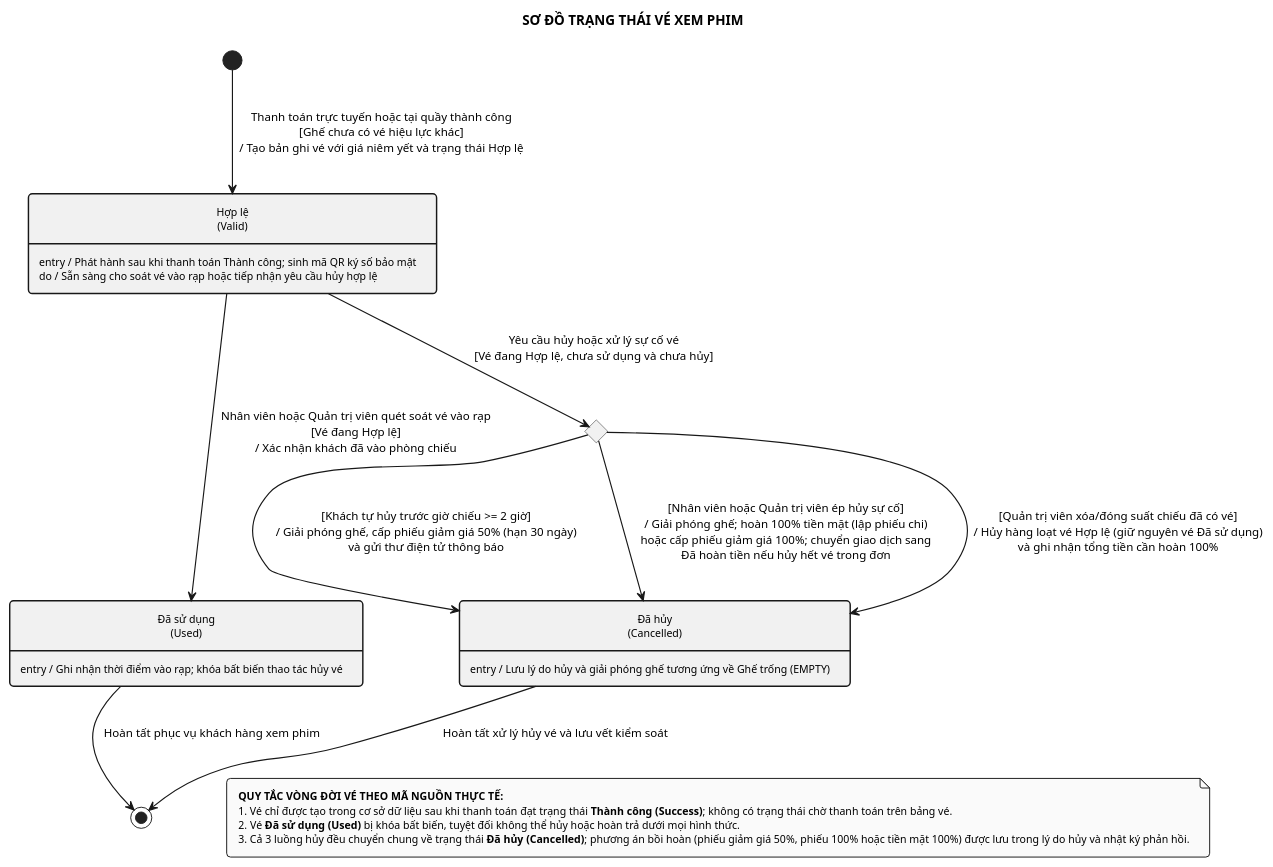
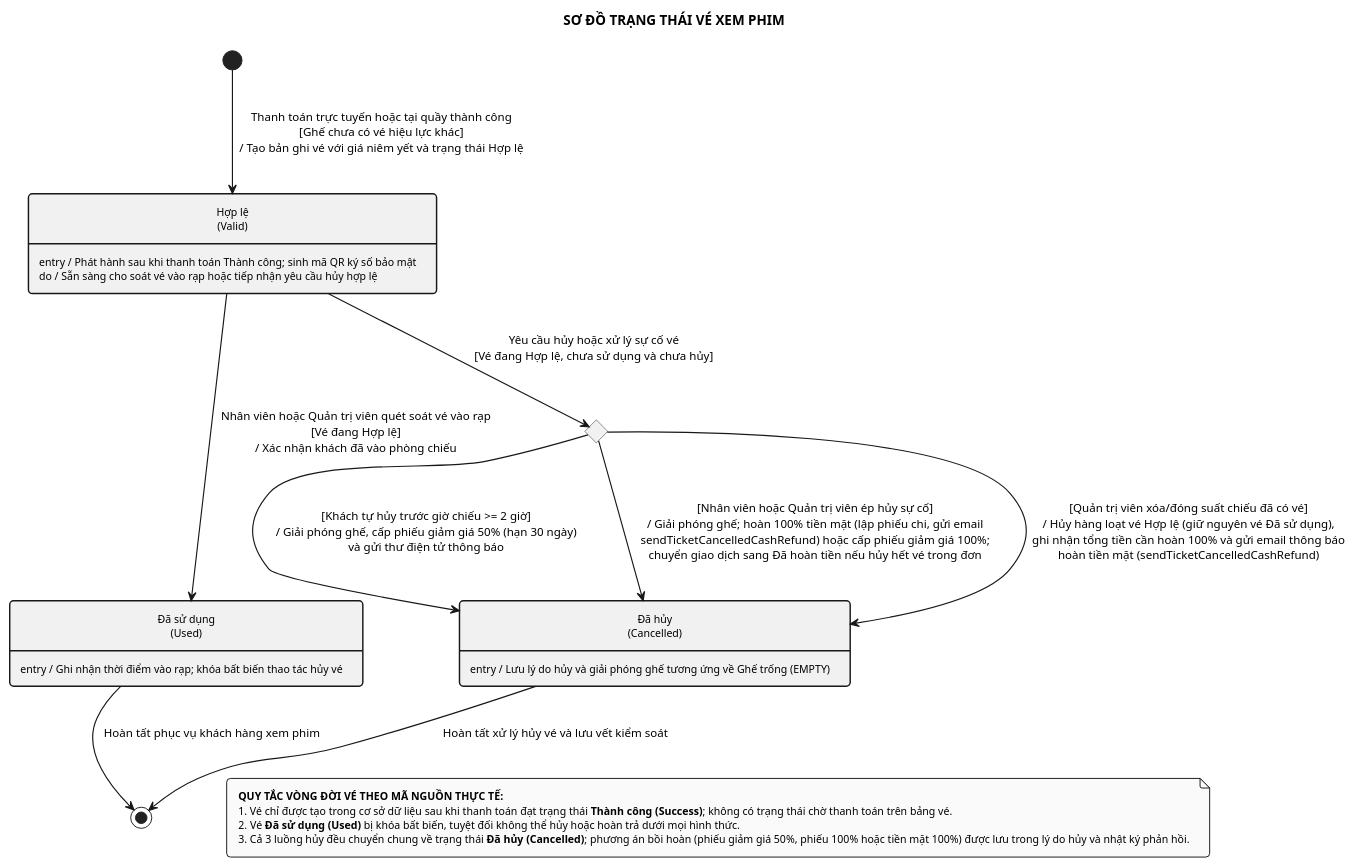
One commit to MaGiaVy/CinemaLUMI changed the diagram in cinema-app/PlantUML_State_Diagrams/state_ticket.puml. Above: the diagram before and after it, drawn with PlantUML. The commit also changed 519 other files, not shown here.

First line of the commit message:
feat: hoan thien bao cao phan tich thiet ke, chuan hoa so do UML va cap nhat UI/DB

```diff
--- a/cinema-app/PlantUML_State_Diagrams/state_ticket.puml
+++ b/cinema-app/PlantUML_State_Diagrams/state_ticket.puml
@@ -1,64 +1,64 @@
 @startuml state_ticket
 skinparam monochrome true
 skinparam style strictuml
 skinparam shadowing false
 skinparam defaultFontName Arial
 skinparam defaultFontSize 12
 skinparam roundCorner 8
 skinparam padding 6
 skinparam nodesep 60
 skinparam ranksep 65
 skinparam ArrowThickness 1.2
 skinparam state {
     BorderThickness 1.5
     AttributeFontSize 11
 }
 skinparam note {
     BorderThickness 1
     FontSize 11
 }
 hide empty description
 
 title SƠ ĐỒ TRẠNG THÁI VÉ XEM PHIM
 
 state "Hợp lệ\n(Valid)" as HOP_LE {
 }
 HOP_LE : entry / Phát hành sau khi thanh toán Thành công; sinh mã QR ký số bảo mật
 HOP_LE : do / Sẵn sàng cho soát vé vào rạp hoặc tiếp nhận yêu cầu hủy hợp lệ
 
 state "Đã sử dụng\n(Used)" as DA_SU_DUNG {
 }
 DA_SU_DUNG : entry / Ghi nhận thời điểm vào rạp; khóa bất biến thao tác hủy vé
 
 state "Đã hủy\n(Cancelled)" as DA_HUY {
 }
 DA_HUY : entry / Lưu lý do hủy và giải phóng ghế tương ứng về Ghế trống (EMPTY)
 
 state KiemTraHuy <<choice>>
 
 [*] --> HOP_LE : Thanh toán trực tuyến hoặc tại quầy thành công\n[Ghế chưa có vé hiệu lực khác]\n/ Tạo bản ghi vé với giá niêm yết và trạng thái Hợp lệ
 
 HOP_LE --> DA_SU_DUNG : Nhân viên hoặc Quản trị viên quét soát vé vào rạp\n[Vé đang Hợp lệ]\n/ Xác nhận khách đã vào phòng chiếu
 
 HOP_LE --> KiemTraHuy : Yêu cầu hủy hoặc xử lý sự cố vé\n[Vé đang Hợp lệ, chưa sử dụng và chưa hủy]
 
 KiemTraHuy --> DA_HUY : [Khách tự hủy trước giờ chiếu >= 2 giờ]\n/ Giải phóng ghế, cấp phiếu giảm giá 50% (hạn 30 ngày)\nvà gửi thư điện tử thông báo
 
-KiemTraHuy --> DA_HUY : [Nhân viên hoặc Quản trị viên ép hủy sự cố]\n/ Giải phóng ghế; hoàn 100% tiền mặt (lập phiếu chi)\nhoặc cấp phiếu giảm giá 100%; chuyển giao dịch sang\nĐã hoàn tiền nếu hủy hết vé trong đơn
+KiemTraHuy --> DA_HUY : [Nhân viên hoặc Quản trị viên ép hủy sự cố]\n/ Giải phóng ghế; hoàn 100% tiền mặt (lập phiếu chi, gửi email\nsendTicketCancelledCashRefund) hoặc cấp phiếu giảm giá 100%;\nchuyển giao dịch sang Đã hoàn tiền nếu hủy hết vé trong đơn
 
-KiemTraHuy --> DA_HUY : [Quản trị viên xóa/đóng suất chiếu đã có vé]\n/ Hủy hàng loạt vé Hợp lệ (giữ nguyên vé Đã sử dụng)\nvà ghi nhận tổng tiền cần hoàn 100%
+KiemTraHuy --> DA_HUY : [Quản trị viên xóa/đóng suất chiếu đã có vé]\n/ Hủy hàng loạt vé Hợp lệ (giữ nguyên vé Đã sử dụng),\nghi nhận tổng tiền cần hoàn 100% và gửi email thông báo\nhoàn tiền mặt (sendTicketCancelledCashRefund)
 
 DA_SU_DUNG --> [*] : Hoàn tất phục vụ khách hàng xem phim
 DA_HUY --> [*] : Hoàn tất xử lý hủy vé và lưu vết kiểm soát
 
 note as GhiChu
   <b>QUY TẮC VÒNG ĐỜI VÉ THEO MÃ NGUỒN THỰC TẾ:</b>
   1. Vé chỉ được tạo trong cơ sở dữ liệu sau khi thanh toán đạt trạng thái <b>Thành công (Success)</b>; không có trạng thái chờ thanh toán trên bảng vé.
   2. Vé <b>Đã sử dụng (Used)</b> bị khóa bất biến, tuyệt đối không thể hủy hoặc hoàn trả dưới mọi hình thức.
   3. Cả 3 luồng hủy đều chuyển chung về trạng thái <b>Đã hủy (Cancelled)</b>; phương án bồi hoàn (phiếu giảm giá 50%, phiếu 100% hoặc tiền mặt 100%) được lưu trong lý do hủy và nhật ký phản hồi.
 end note
 
 DA_SU_DUNG -[hidden]-> GhiChu
 DA_HUY -[hidden]-> GhiChu
 
 @enduml
```
